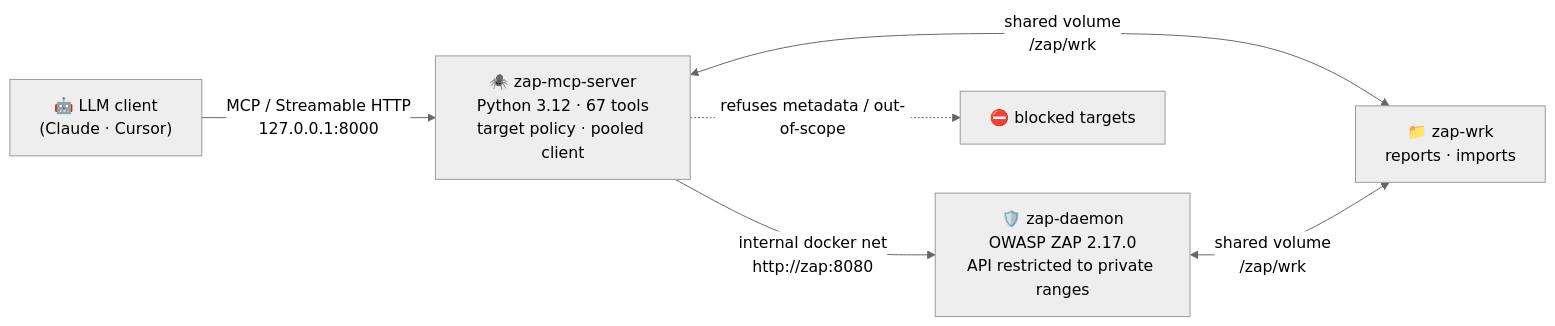
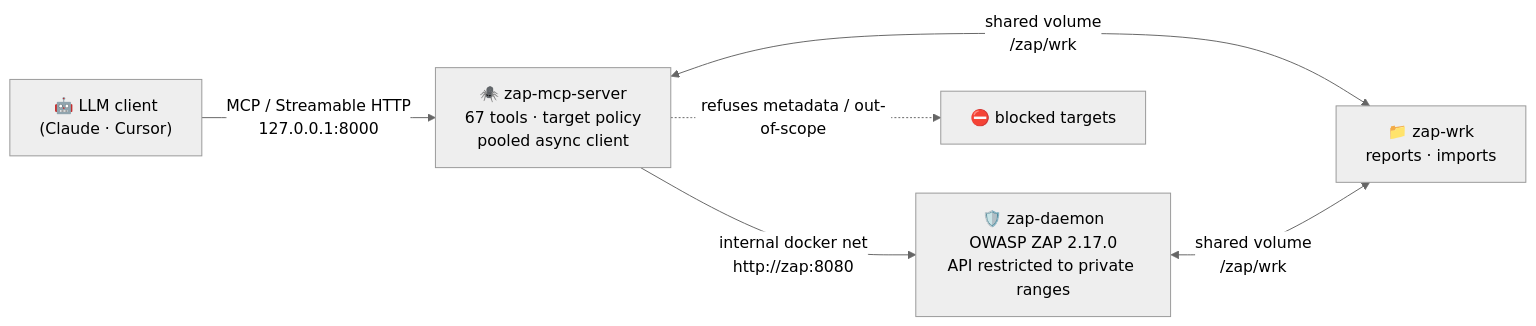
Before and after one commit to Neeraj829784/zap-mcp-server: the diagram in README.md, drawn with Mermaid (neutral theme). The commit also changed other lines of this file, not shown here.

````diff
--- a/README.md
+++ b/README.md
@@ -78,9 +109,9 @@
 ```mermaid
 flowchart LR
     A["🤖 LLM client<br/>(Claude · Cursor)"] -->|MCP / Streamable HTTP<br/>127.0.0.1:8000| B
-    B["🕷️ zap-mcp-server<br/>Python 3.12 · 67 tools<br/>target policy · pooled client"] -->|internal docker net<br/>http://zap:8080| C
+    B["🕷️ zap-mcp-server<br/>67 tools · target policy<br/>pooled async client"] -->|internal docker net<br/>http://zap:8080| C
     C["🛡️ zap-daemon<br/>OWASP ZAP 2.17.0<br/>API restricted to private ranges"]
     B <-->|shared volume<br/>/zap/wrk| D["📁 zap-wrk<br/>reports · imports"]
     C <-->|shared volume<br/>/zap/wrk| D
     B -.->|refuses metadata / out-of-scope| X["⛔ blocked targets"]
 ```
````
